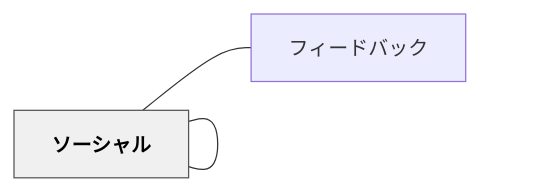
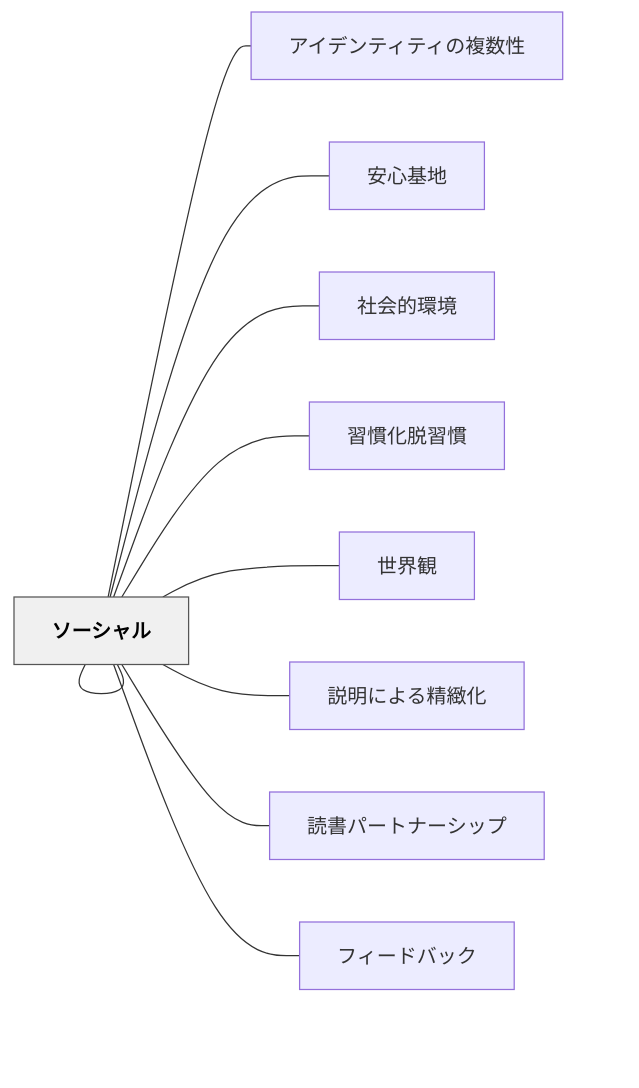
Before and after one commit to unknownthings-ed-patterns/unknownthings-ed-patterns: the diagram in content/パタン/ソーシャル.md, drawn with Mermaid. The commit also changed other lines of this file and 473 other files, not shown here.

````diff
--- a/content/パタン/ソーシャル.md
+++ b/content/パタン/ソーシャル.md
@@ -96,12 +103,26 @@
 ```mermaid
 flowchart LR
     ne382bde383bc["ソーシャル"]
+    ne382a2e382a4["アイデンティティの複数性"]
+    ne5ae89e5bf83["安心基地"]
+    ne7a4bee4bc9a["社会的環境"]
+    ne7bf92e685a3["習慣化脱習慣"]
+    ne4b896e7958c["世界観"]
+    ne8aaace6988e["説明による精緻化"]
+    ne8aaade69bb8["読書パートナーシップ"]
     ne38395e382a3["フィードバック"]
     ne382bde383bc["ソーシャル"]
 
+    ne382bde383bc --- ne382a2e382a4
+    ne382bde383bc --- ne5ae89e5bf83
+    ne382bde383bc --- ne7a4bee4bc9a
+    ne382bde383bc --- ne7bf92e685a3
+    ne382bde383bc --- ne4b896e7958c
+    ne382bde383bc --- ne8aaace6988e
+    ne382bde383bc --- ne8aaade69bb8
     ne382bde383bc --- ne38395e382a3
     ne382bde383bc --- ne382bde383bc
 
     classDef hub fill:#f0f0f0,stroke:#555,color:#000,font-weight:bold
     class ne382bde383bc hub
 ```
````
